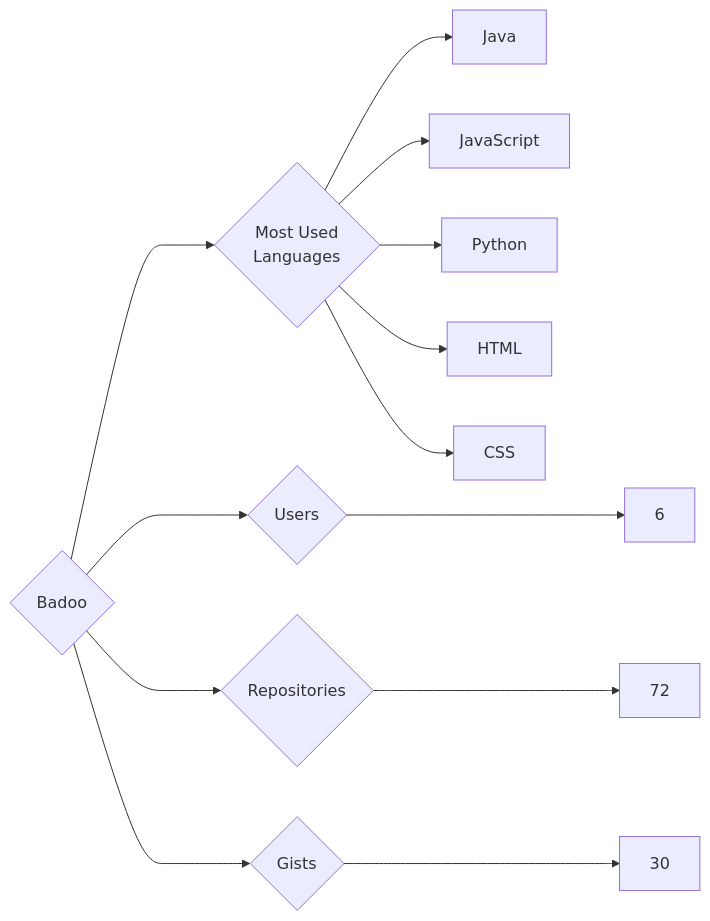
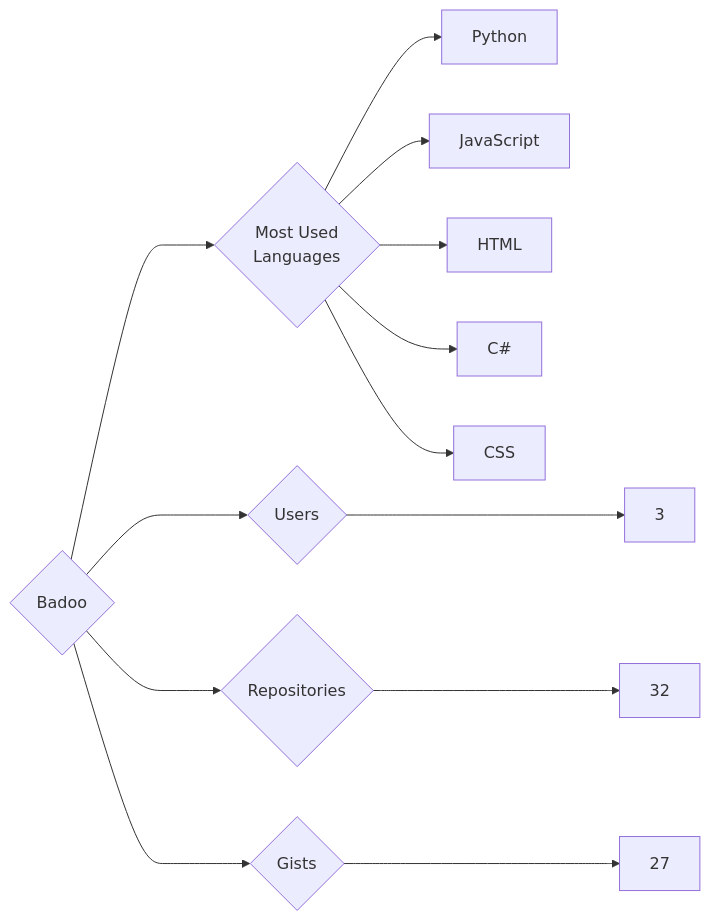
Before and after one commit to trickest/insiders: the diagram in targets/Badoo/README.md, drawn with Mermaid. The commit also changed 993 other files, not shown here.

````diff
--- a/targets/Badoo/README.md
+++ b/targets/Badoo/README.md
@@ -3,13 +3,13 @@
 ```mermaid
 graph LR
 COMPANY_NAME{Badoo}
-COMPANY_NAME ---> U{Users} ---> UN[6]
-COMPANY_NAME ---> R{Repositories} ---> RN[72]
-COMPANY_NAME ---> G{Gists} ---> GN[30]
+COMPANY_NAME ---> U{Users} ---> UN[3]
+COMPANY_NAME ---> R{Repositories} ---> RN[32]
+COMPANY_NAME ---> G{Gists} ---> GN[27]
 COMPANY_NAME ---> ML{Most Used<br>Languages}
-ML --> Java[Java]
+ML --> Python[Python]
 ML --> JavaScript[JavaScript]
-ML --> Python[Python]
 ML --> HTML[HTML]
+ML --> C#[C#]
 ML --> CSS[CSS]
 ```
````
